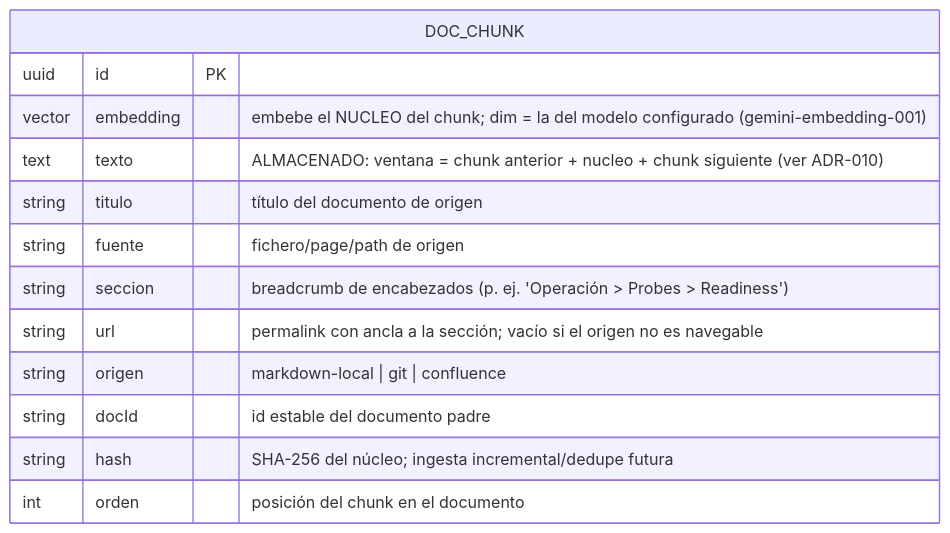
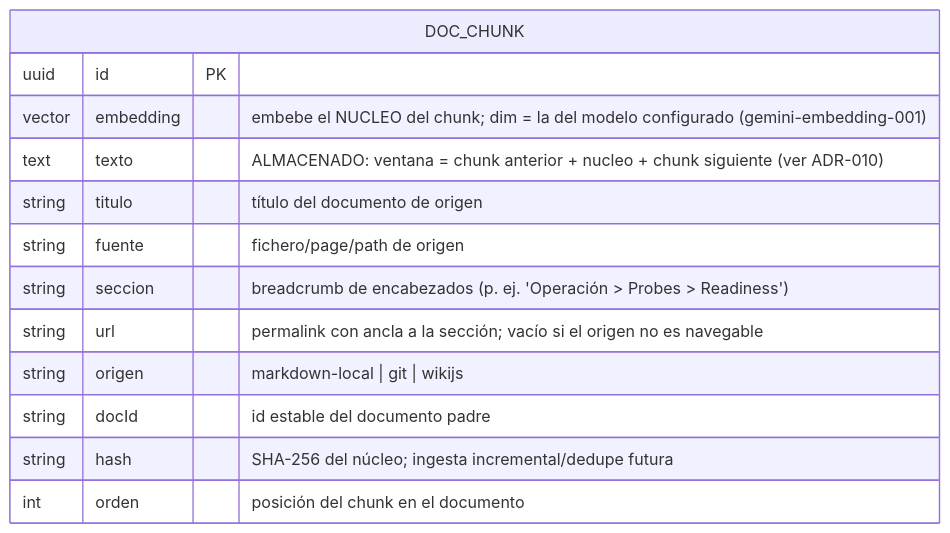
The diagram in autoops/docs/arquitectura/05-contratos-api-datos.md (mikel0ne/ai-platform-portfolio), drawn with Mermaid before and after one commit. The commit also changed 5 other files, not shown here.

````diff
--- a/autoops/docs/arquitectura/05-contratos-api-datos.md
+++ b/autoops/docs/arquitectura/05-contratos-api-datos.md
@@ -127,16 +127,16 @@
 ```mermaid
 erDiagram
     DOC_CHUNK {
         uuid   id PK
         vector embedding "embebe el NUCLEO del chunk; dim = la del modelo configurado (gemini-embedding-001)"
         text   texto "ALMACENADO: ventana = chunk anterior + nucleo + chunk siguiente (ver ADR-010)"
         string titulo "título del documento de origen"
         string fuente "fichero/page/path de origen"
         string seccion "breadcrumb de encabezados (p. ej. 'Operación > Probes > Readiness')"
         string url "permalink con ancla a la sección; vacío si el origen no es navegable"
-        string origen "markdown-local | git | confluence"
+        string origen "markdown-local | git | wikijs"
         string docId "id estable del documento padre"
         string hash "SHA-256 del núcleo; ingesta incremental/dedupe futura"
         int    orden "posición del chunk en el documento"
     }
 ```
````
